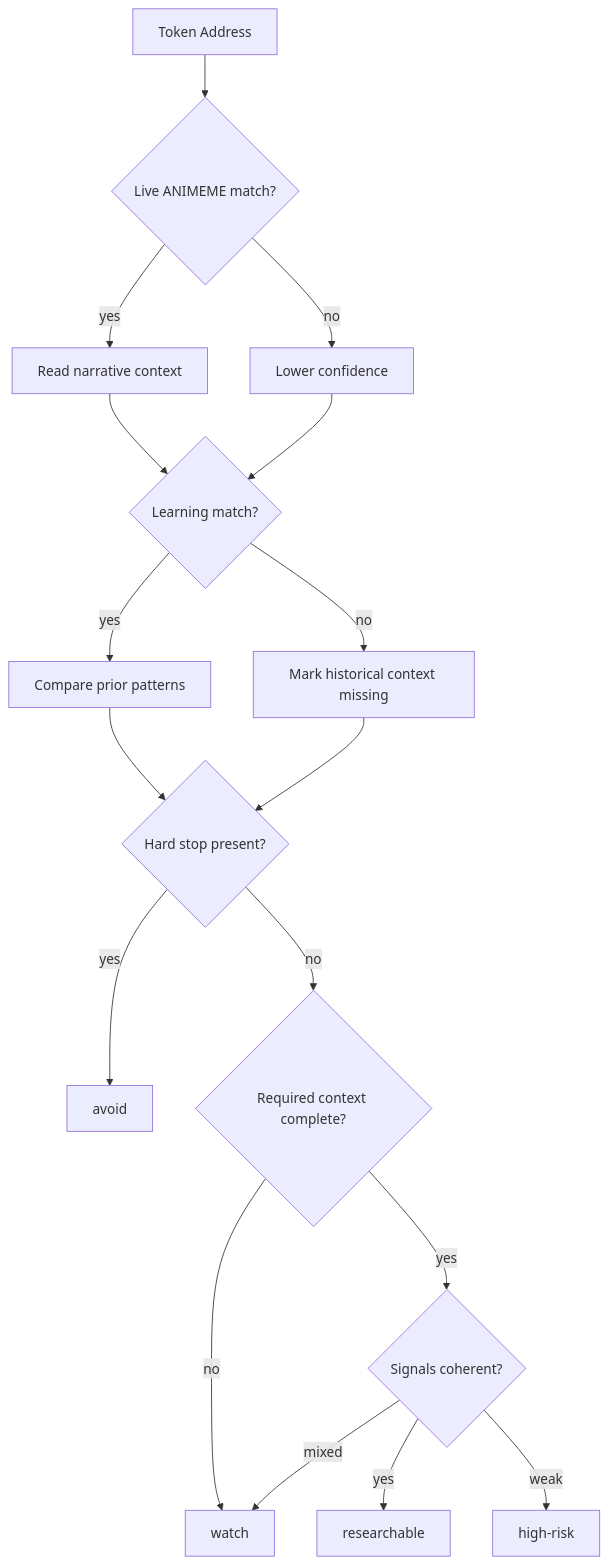
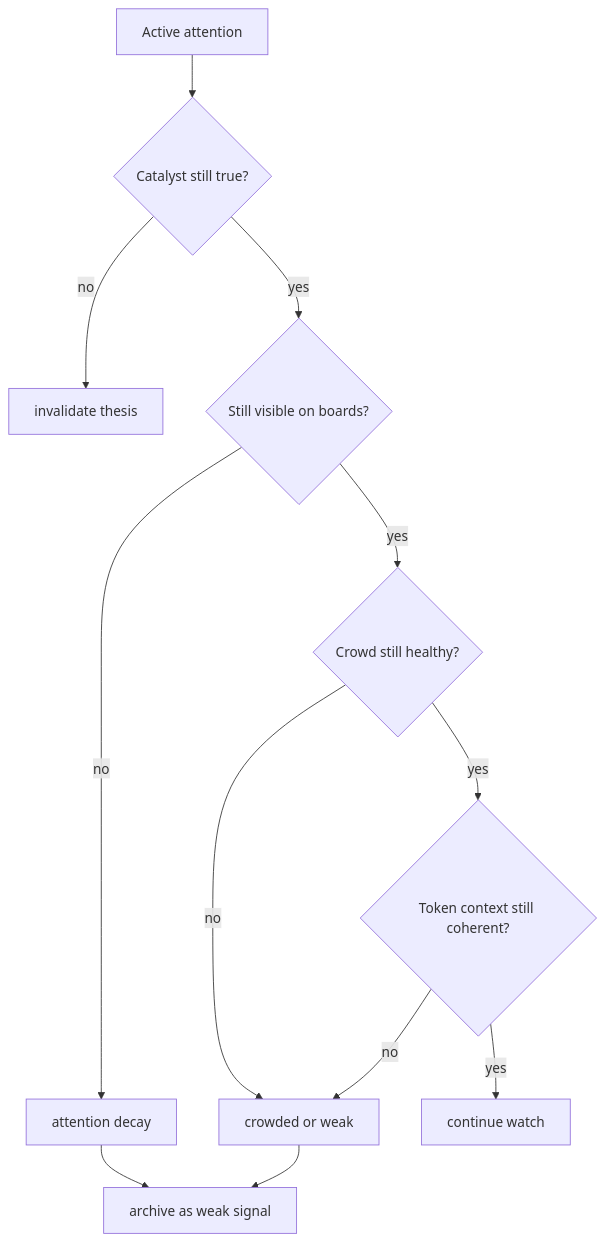
Before and after one commit to animeme99/Animeme-Agent: the eighth of 10 diagrams in README.md, drawn with Mermaid. The commit also changed other lines of this file, not shown here.

Commit message:
Refocus README graphs on attention analysis

````diff
--- a/README.md
+++ b/README.md
@@ -265,19 +290,14 @@
 ```mermaid
 flowchart TD
-    T["Token Address"] --> A{"Live ANIMEME match?"}
-    A -->|"yes"| B["Read narrative context"]
-    A -->|"no"| C["Lower confidence"]
-    B --> D{"Learning match?"}
-    C --> D
-    D -->|"yes"| E["Compare prior patterns"]
-    D -->|"no"| F["Mark historical context missing"]
-    E --> G{"Hard stop present?"}
-    F --> G
-    G -->|"yes"| AV["avoid"]
-    G -->|"no"| H{"Required context complete?"}
-    H -->|"no"| WA["watch"]
-    H -->|"yes"| R{"Signals coherent?"}
-    R -->|"yes"| RE["researchable"]
-    R -->|"mixed"| WA
-    R -->|"weak"| HR["high-risk"]
+    A["Active attention"] --> B{"Catalyst still true?"}
+    B -->|"no"| I["invalidate thesis"]
+    B -->|"yes"| C{"Still visible on boards?"}
+    C -->|"no"| D["attention decay"]
+    C -->|"yes"| E{"Crowd still healthy?"}
+    E -->|"no"| F["crowded or weak"]
+    E -->|"yes"| G{"Token context still coherent?"}
+    G -->|"no"| F
+    G -->|"yes"| H["continue watch"]
+    D --> W["archive as weak signal"]
+    F --> W
 ```
````
